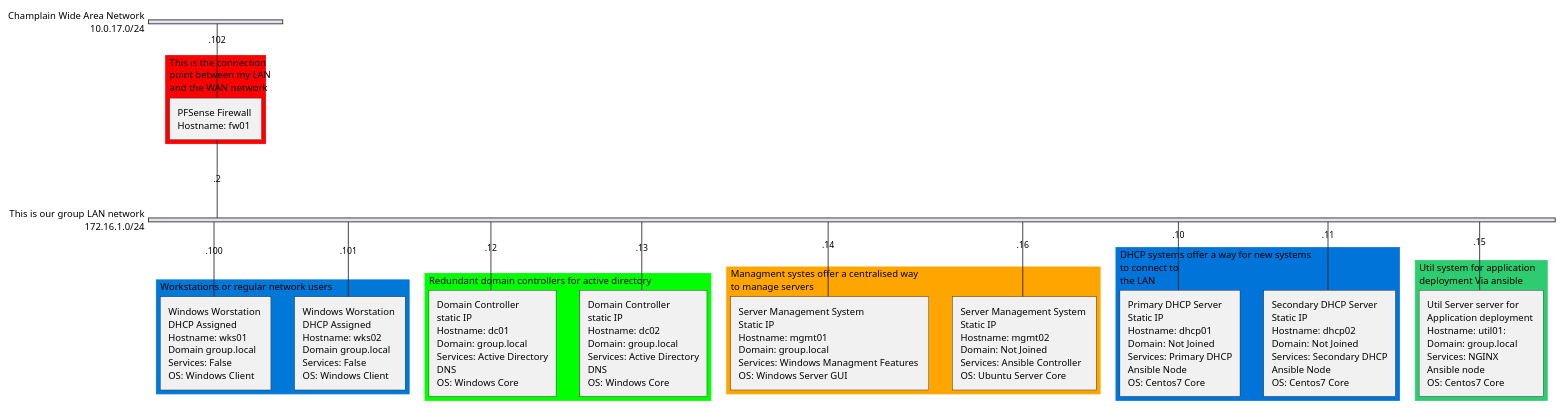
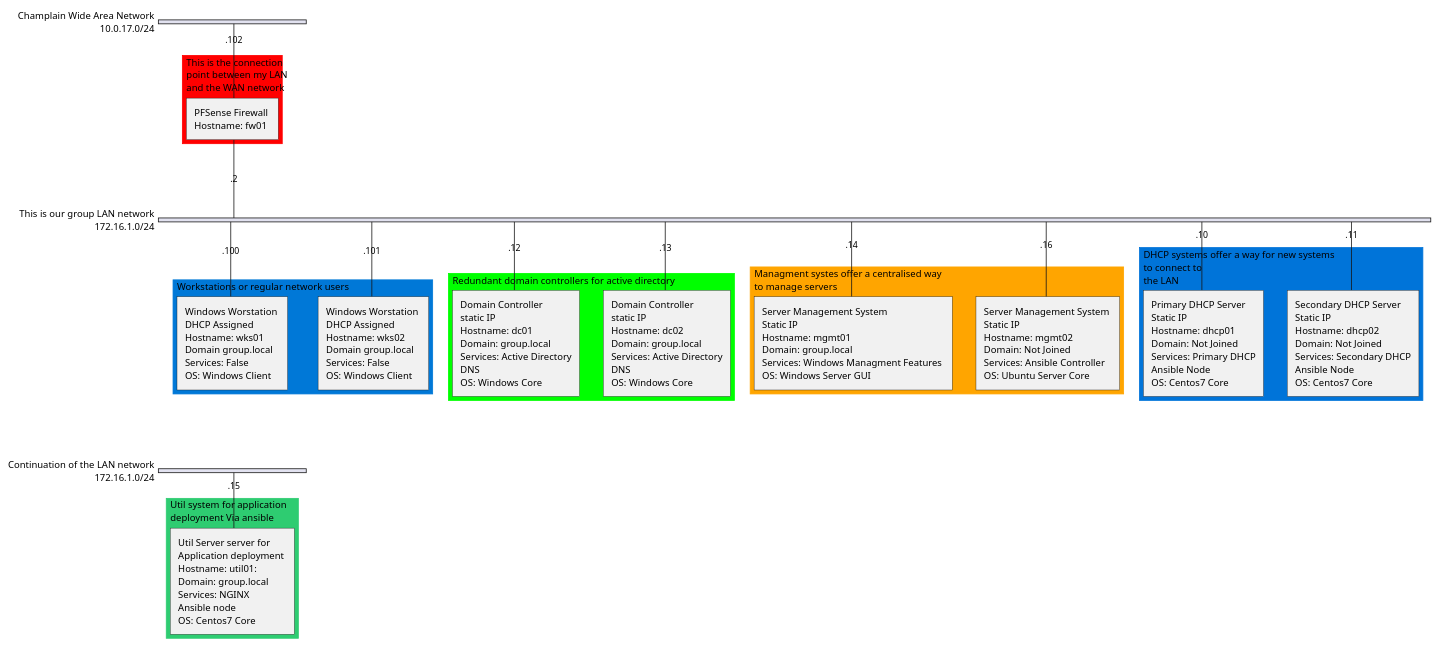
One commit to AminDaoudi/Final-Project changed the diagram in milestone1_diagram.plantuml. Above: the diagram before and after it, drawn with PlantUML.

Commit message:
Started making network diagram changes

```diff
--- a/milestone1_diagram.plantuml
+++ b/milestone1_diagram.plantuml
@@ -1,63 +1,71 @@
 @startuml Working Network Diagram
 skinparam backgroundColor ##F0F0F0
 
 nwdiag {
     
     network WAN {
         address = 10.0.17.0/24
         description = "Champlain Wide Area Network"
 
         // define group
         group firewall {
             color = "#FF0000";
             fw01 [address = ".102", description = "PFSense Firewall \nHostname: fw01 "]
             description = "This is the connection \npoint between my LAN \nand the WAN network"
 
         }
     }
-    network LAN {
+    network LAN1 {
         address = 172.16.1.0/24
         description = "This is our group LAN network"
         fw01 [address = ".2"]
 
         // define group
         group workstations {
             description = "Workstations or regular network users"
             color = "#0078D7";
             wks01 [address = ".100", description = "Windows Worstation \nDHCP Assigned \nHostname: wks01 \nDomain group.local \nServices: False \nOS: Windows Client"]
             wks02 [address = ".101", description = "Windows Worstation \nDHCP Assigned \nHostname: wks02 \nDomain group.local \nServices: False \nOS: Windows Client"]
         }
         // define group
         group domaincontrollers {
             description = "Redundant domain controllers for active directory"
             color = "#00FF00";
             dc01 [address = ".12", description = "Domain Controller \nstatic IP \nHostname: dc01 \nDomain: group.local \nServices: Active Directory, DNS \nOS: Windows Core"]
             dc02 [address = ".13", description = "Domain Controller \nstatic IP \nHostname: dc02 \nDomain: group.local \nServices: Active Directory, DNS \nOS: Windows Core"]
 
         }
         // define group 
         group managmentsystems {
             description = "Managment systes offer a centralised way \nto manage servers"
             color = "#FFA500";
             mgmt01 [address = ".14", description = "Server Management System \nStatic IP \nHostname: mgmt01 \nDomain: group.local \nServices: Windows Managment Features \nOS: Windows Server GUI"]
             mgmt02 [address = ".16", description = "Server Management System \nStatic IP \nHostname: mgmt02 \nDomain: Not Joined \nServices: Ansible Controller \nOS: Ubuntu Server Core"]
         }
         // define group
         group dhcpsystems {
             description = "DHCP systems offer a way for new systems \nto connect to \nthe LAN"
             color = "#0074D9";
             dhcp01 [address = ".10", description = "Primary DHCP Server \nStatic IP \nHostname: dhcp01 \nDomain: Not Joined \nServices: Primary DHCP, Ansible Node \nOS: Centos7 Core"]
             dhcp02 [address = ".11", description = "Secondary DHCP Server \nStatic IP \nHostname: dhcp02 \nDomain: Not Joined \nServices: Secondary DHCP, Ansible Node \nOS: Centos7 Core"]
 
         }
+        
+    }
+    network LAN2 {
+        address = 172.16.1.0/24
+        description = "Continuation of the LAN network"
+
+
         // define group 
         group util {
             description = "Util system for application \ndeployment Via ansible"
             color = "#2ECC71";
             util01 [address = ".15", description = "Util Server server for \nApplication deployment \nHostname: util01: \nDomain: group.local \nServices: NGINX, Ansible node \nOS: Centos7 Core"]
         }
     }
+
     
 }
 
 @enduml
```
